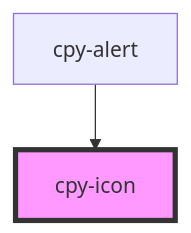
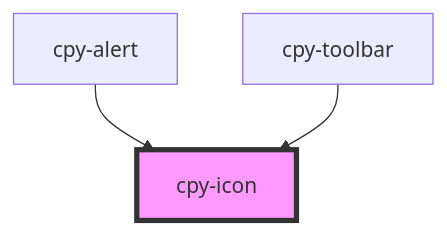
One commit to Lith1um/Canopy-Stencil changed the diagram in stencil-lib/src/components/icon/readme.md. Above: the diagram before and after it, drawn with Mermaid. The commit also changed other lines of this file and 19 other files, not shown here.

````diff
--- a/stencil-lib/src/components/icon/readme.md
+++ b/stencil-lib/src/components/icon/readme.md
@@ -15,5 +16,6 @@
 ```mermaid
 graph TD;
   cpy-alert --> cpy-icon
+  cpy-toolbar --> cpy-icon
   style cpy-icon fill:#f9f,stroke:#333,stroke-width:4px
 ```
````
